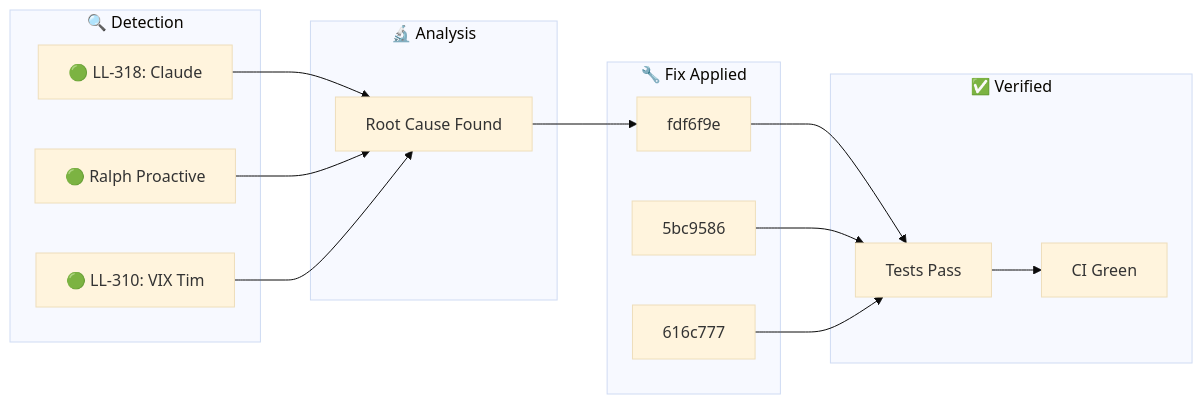
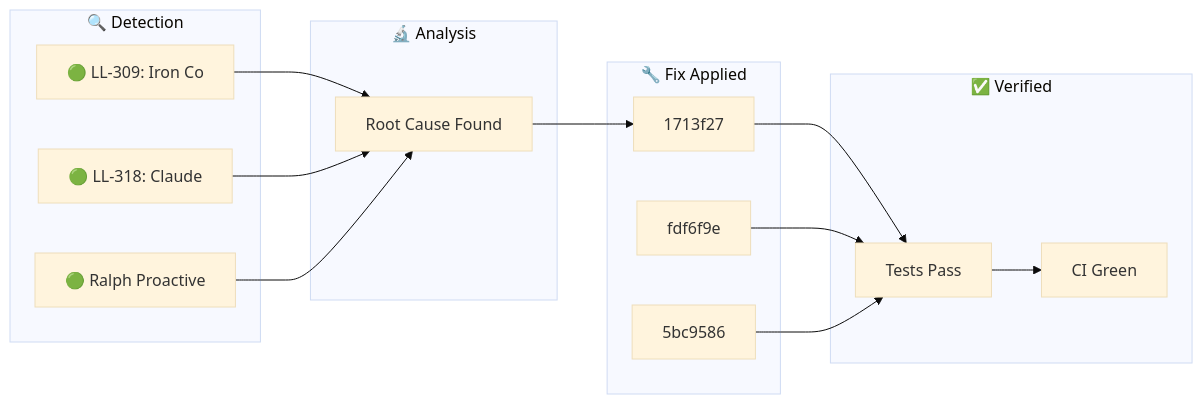
The diagram in docs/_posts/2026-01-28-ralph-discovery.md (YoByron/trading), drawn with Mermaid (base theme) before and after one commit. The commit also changed other lines of this file, not shown here.

Commit message:
docs(ralph): Auto-publish discovery blog post

````diff
--- a/docs/_posts/2026-01-28-ralph-discovery.md
+++ b/docs/_posts/2026-01-28-ralph-discovery.md
@@ -17,28 +17,28 @@
 ```mermaid
 flowchart LR
     subgraph Detection["🔍 Detection"]
-        D1["🟢 LL-318: Claude "]
-        D2["🟢 Ralph Proactive"]
-        D3["🟢 LL-310: VIX Tim"]
+        D1["🟢 LL-309: Iron Co"]
+        D2["🟢 LL-318: Claude "]
+        D3["🟢 Ralph Proactive"]
     end
     subgraph Analysis["🔬 Analysis"]
         A1["Root Cause Found"]
     end
     subgraph Fix["🔧 Fix Applied"]
-        F1["fdf6f9e"]
-        F2["5bc9586"]
-        F3["616c777"]
+        F1["1713f27"]
+        F2["fdf6f9e"]
+        F3["5bc9586"]
     end
     subgraph Verify["✅ Verified"]
         V1["Tests Pass"]
         V2["CI Green"]
     end
     D1 --> A1
     D2 --> A1
     D3 --> A1
     A1 --> F1
     F1 --> V1
     F2 --> V1
     F3 --> V1
     V1 --> V2
 ```
````
